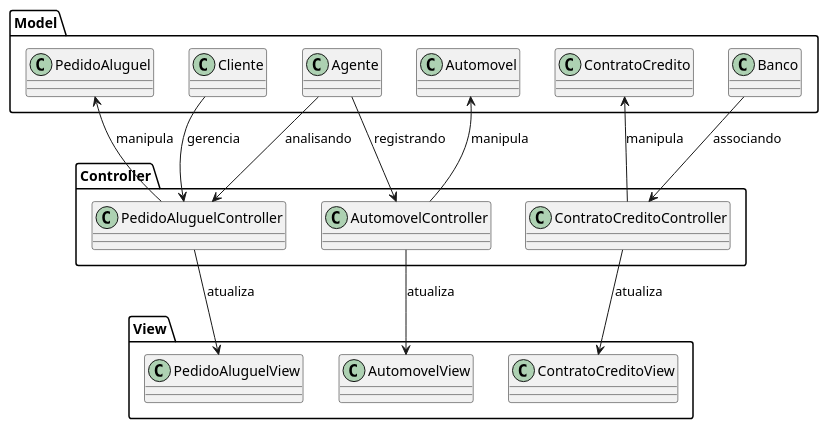
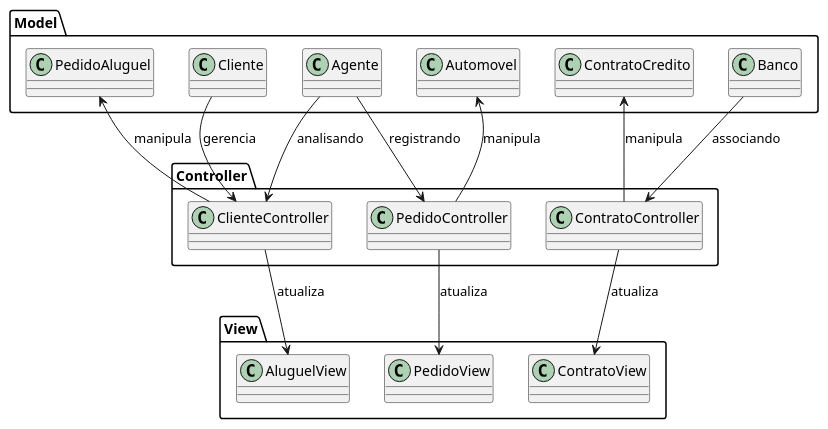
The diagram in project/code/package.puml (thevinilima/lds-2), drawn with PlantUML before and after one commit.

```diff
--- a/project/code/package.puml
+++ b/project/code/package.puml
@@ -1,39 +1,39 @@
 @startuml
 
 ' Definir pacotes conforme o padrão MVC
 package "Model" {
   class Cliente
   class Agente
   class Banco
   class PedidoAluguel
   class Automovel
   class ContratoCredito
 }
 
 package "View" {
-  class PedidoAluguelView
-  class AutomovelView
-  class ContratoCreditoView
+  class AluguelView
+  class PedidoView
+  class ContratoView
 }
 
 package "Controller" {
-  class PedidoAluguelController
-  class AutomovelController
-  class ContratoCreditoController
+  class ClienteController
+  class PedidoController
+  class ContratoController
 }
 
-Cliente --> PedidoAluguelController : "gerencia"
-Agente --> PedidoAluguelController : "analisando"
-Agente --> AutomovelController : "registrando"
-Banco --> ContratoCreditoController : "associando"
+Cliente --> ClienteController : "gerencia"
+Agente --> ClienteController : "analisando"
+Agente --> PedidoController : "registrando"
+Banco --> ContratoController : "associando"
 
-PedidoAluguelController --> PedidoAluguelView : "atualiza"
-AutomovelController --> AutomovelView : "atualiza"
-ContratoCreditoController --> ContratoCreditoView : "atualiza"
+ClienteController --> AluguelView : "atualiza"
+PedidoController --> PedidoView : "atualiza"
+ContratoController --> ContratoView : "atualiza"
 
 
-PedidoAluguelController --> PedidoAluguel : "manipula"
-AutomovelController --> Automovel : "manipula"
-ContratoCreditoController --> ContratoCredito : "manipula"
+ClienteController --> PedidoAluguel : "manipula"
+PedidoController --> Automovel : "manipula"
+ContratoController --> ContratoCredito : "manipula"
 
 @enduml
```
